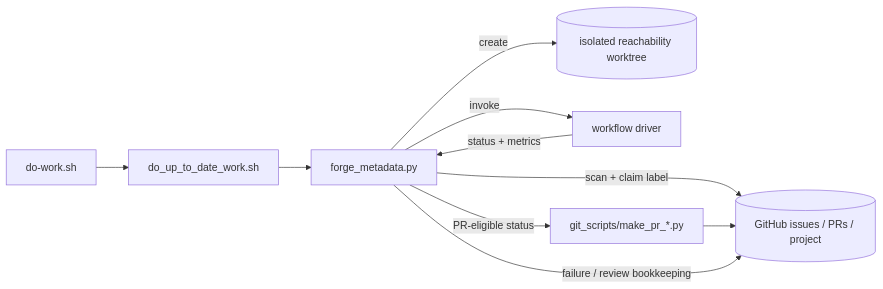
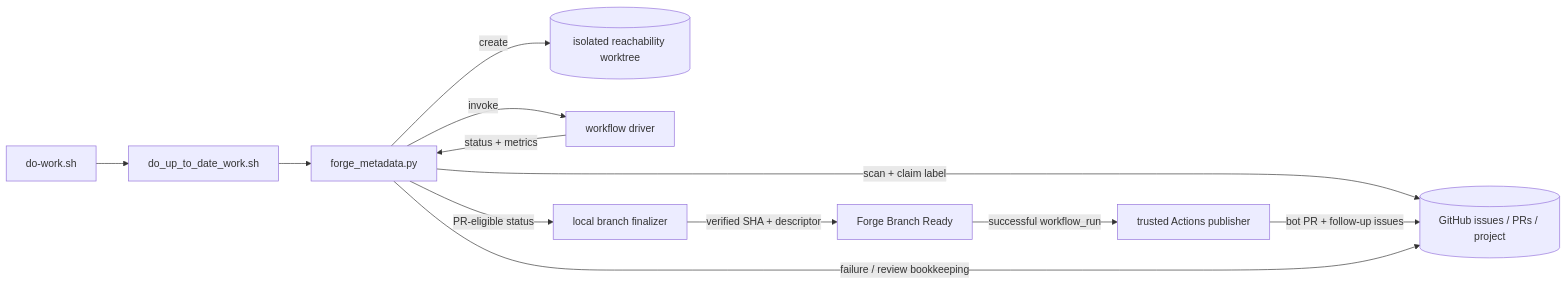
The diagram in forge/docs/architecture/README.md (oracle/graalvm-reachability-metadata), drawn with Mermaid before and after one commit. The commit also changed other lines of this file and 27 other files, not shown here.

Commit message:
Move Forge PR publication to GitHub Actions

````diff
--- a/forge/docs/architecture/README.md
+++ b/forge/docs/architecture/README.md
@@ -64,19 +67,23 @@
 ```mermaid
 flowchart LR
     Wrapper["do-work.sh"]
     Worker["do_up_to_date_work.sh"]
     Dispatcher["forge_metadata.py"]
     GitHub[("GitHub issues / PRs / project")]
     Worktree[("isolated reachability worktree")]
     Entry["workflow driver"]
-    PR["git_scripts/make_pr_*.py"]
+    Branch["local branch finalizer"]
+    Ready["Forge Branch Ready"]
+    Publisher["trusted Actions publisher"]
 
     Wrapper --> Worker --> Dispatcher
     Dispatcher -->|scan + claim label| GitHub
     Dispatcher -->|create| Worktree
     Dispatcher -->|invoke| Entry
     Entry -->|status + metrics| Dispatcher
-    Dispatcher -->|PR-eligible status| PR
-    PR --> GitHub
+    Dispatcher -->|PR-eligible status| Branch
+    Branch -->|verified SHA + descriptor| Ready
+    Ready -->|successful workflow_run| Publisher
+    Publisher -->|bot PR + follow-up issues| GitHub
     Dispatcher -->|failure / review bookkeeping| GitHub
 ```
````
